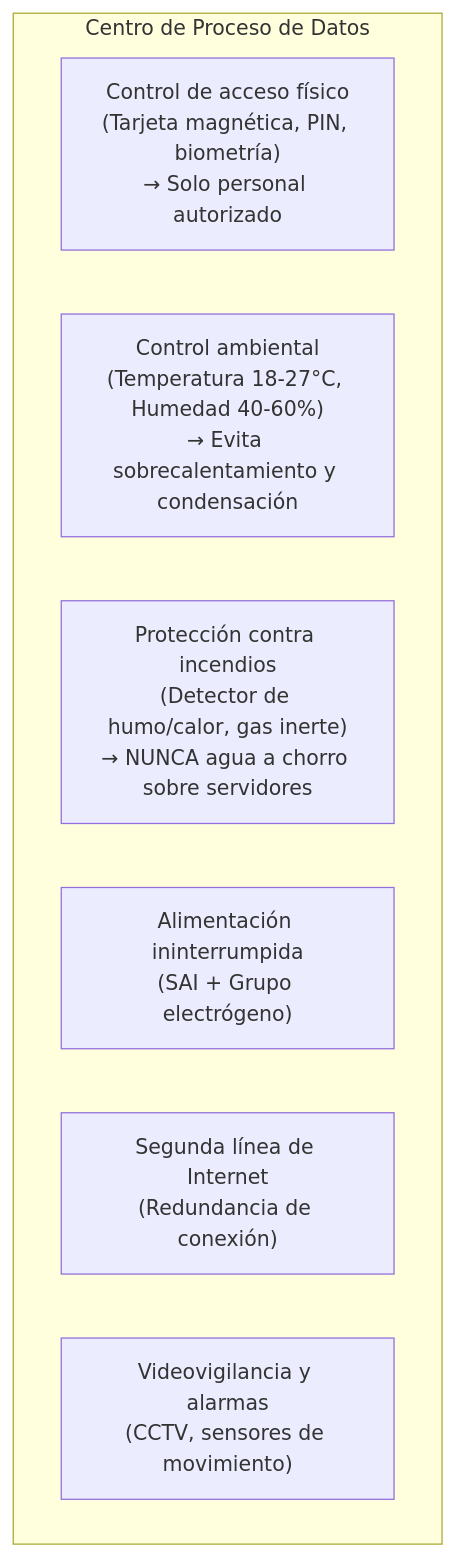
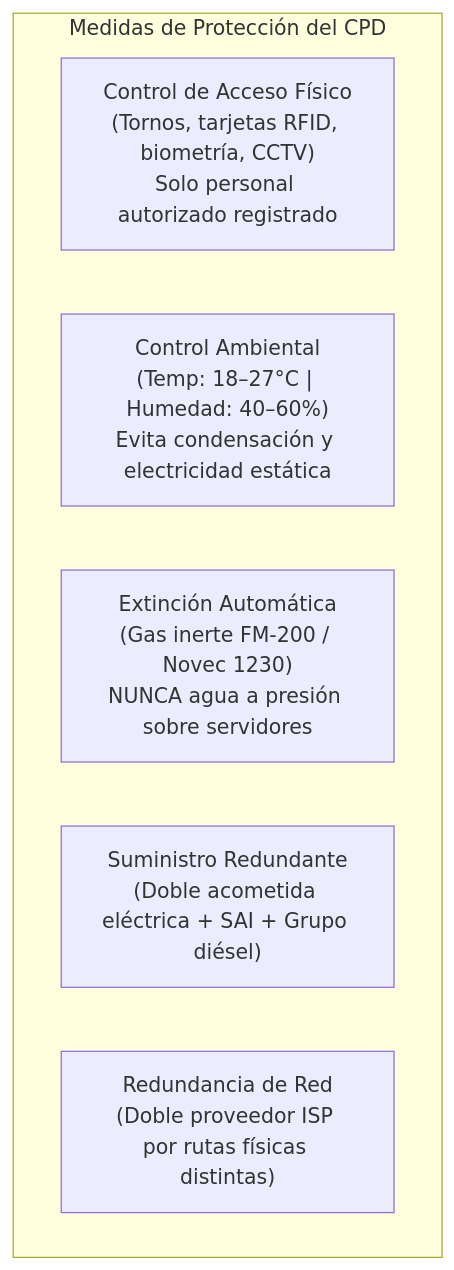
One commit to JohnDSil/apuntes_asir changed the first of 3 diagrams in docs/2-curso/sad/02-seguridad-fisica-sai-backup.md. Above: the diagram before and after it, drawn with Mermaid. The commit also changed other lines of this file and 4 other files, not shown here.

````diff
--- a/docs/2-curso/sad/02-seguridad-fisica-sai-backup.md
+++ b/docs/2-curso/sad/02-seguridad-fisica-sai-backup.md
@@ -13,11 +26,10 @@
 ```mermaid
 flowchart TD
-    subgraph CPD ["Centro de Proceso de Datos"]
-        ACC["Control de acceso físico\n(Tarjeta magnética, PIN, biometría)\n→ Solo personal autorizado"]
-        ENV["Control ambiental\n(Temperatura 18-27°C, Humedad 40-60%)\n→ Evita sobrecalentamiento y condensación"]
-        INC["Protección contra incendios\n(Detector de humo/calor, gas inerte)\n→ NUNCA agua a chorro sobre servidores"]
-        SAI["Alimentación ininterrumpida\n(SAI + Grupo electrógeno)"]
-        RED["Segunda línea de Internet\n(Redundancia de conexión)"]
-        CAM["Videovigilancia y alarmas\n(CCTV, sensores de movimiento)"]
+    subgraph CPD ["Medidas de Protección del CPD"]
+        ACC["Control de Acceso Físico\n(Tornos, tarjetas RFID, biometría, CCTV)\nSolo personal autorizado registrado"]
+        ENV["Control Ambiental\n(Temp: 18–27°C | Humedad: 40–60%)\nEvita condensación y electricidad estática"]
+        INC["Extinción Automática\n(Gas inerte FM-200 / Novec 1230)\nNUNCA agua a presión sobre servidores"]
+        PWR["Suministro Redundante\n(Doble acometida eléctrica + SAI + Grupo diésel)"]
+        RED["Redundancia de Red\n(Doble proveedor ISP por rutas físicas distintas)"]
     end
 ```
````
